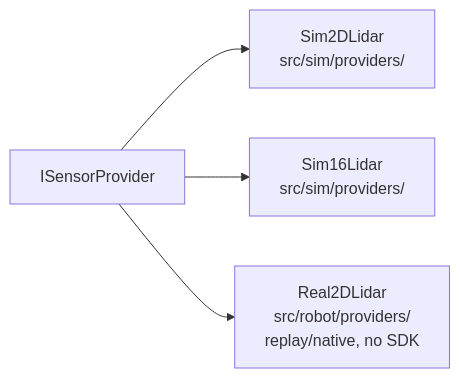
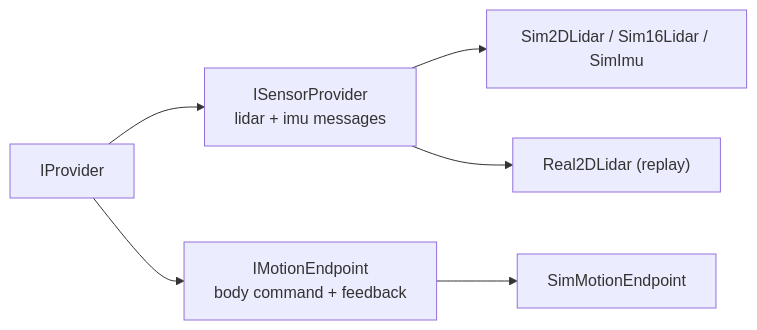
The second of 2 diagrams in docs/interfaces.md (Robin-1978/lost-signal), drawn with Mermaid before and after one commit. The commit also changed other lines of this file and 23 other files, not shown here.

Commit message:
refactor: unify provider seam on typed messages with suite composer

````diff
--- a/docs/interfaces.md
+++ b/docs/interfaces.md
@@ -47,6 +53,8 @@
 ```mermaid
 flowchart LR
-  IP["ISensorProvider<T>"] --> S2D["Sim2DLidar<br/>src/sim/providers/"]
-  IP --> S16["Sim16Lidar<br/>src/sim/providers/"]
-  IP --> R2D["Real2DLidar<br/>src/robot/providers/<br/>replay/native, no SDK"]
+  IP["IProvider"] --> SP["ISensorProvider<T><br/>lidar + imu messages"]
+  IP --> ME["IMotionEndpoint<br/>body command + feedback"]
+  SP --> S2D["Sim2DLidar / Sim16Lidar / SimImu"]
+  SP --> R2D["Real2DLidar (replay)"]
+  ME --> SM["SimMotionEndpoint"]
 ```
````
